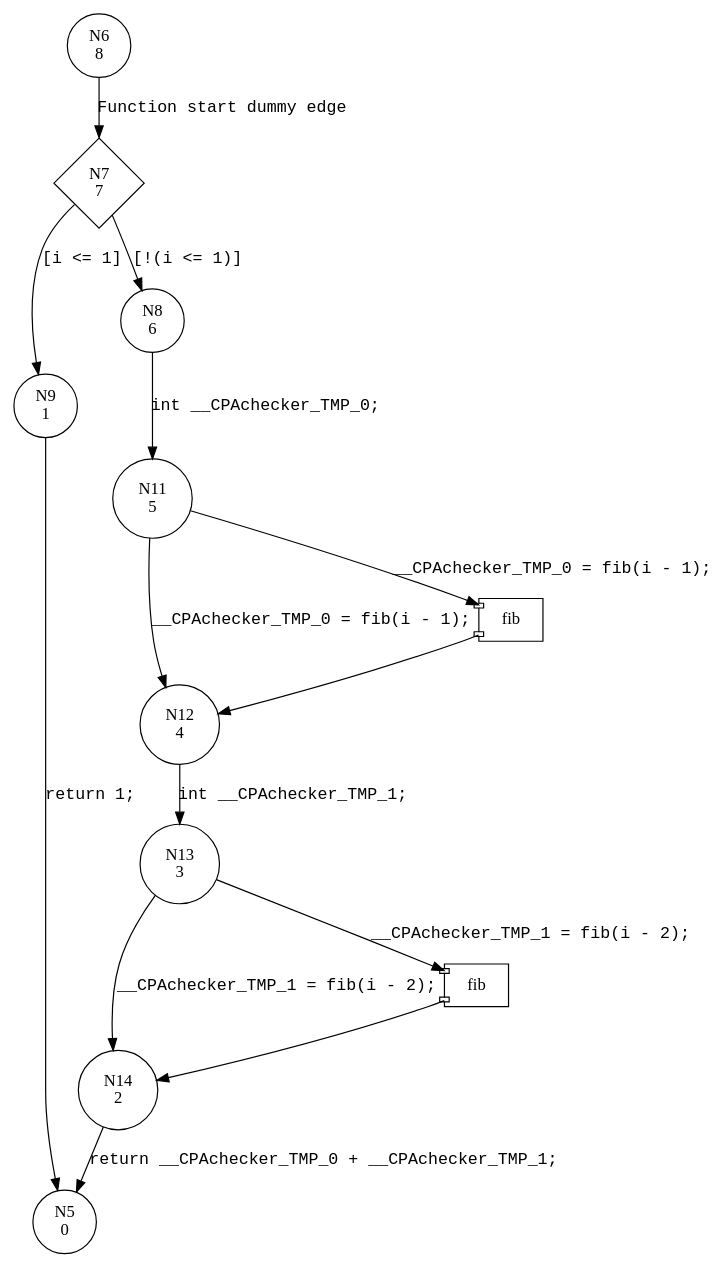
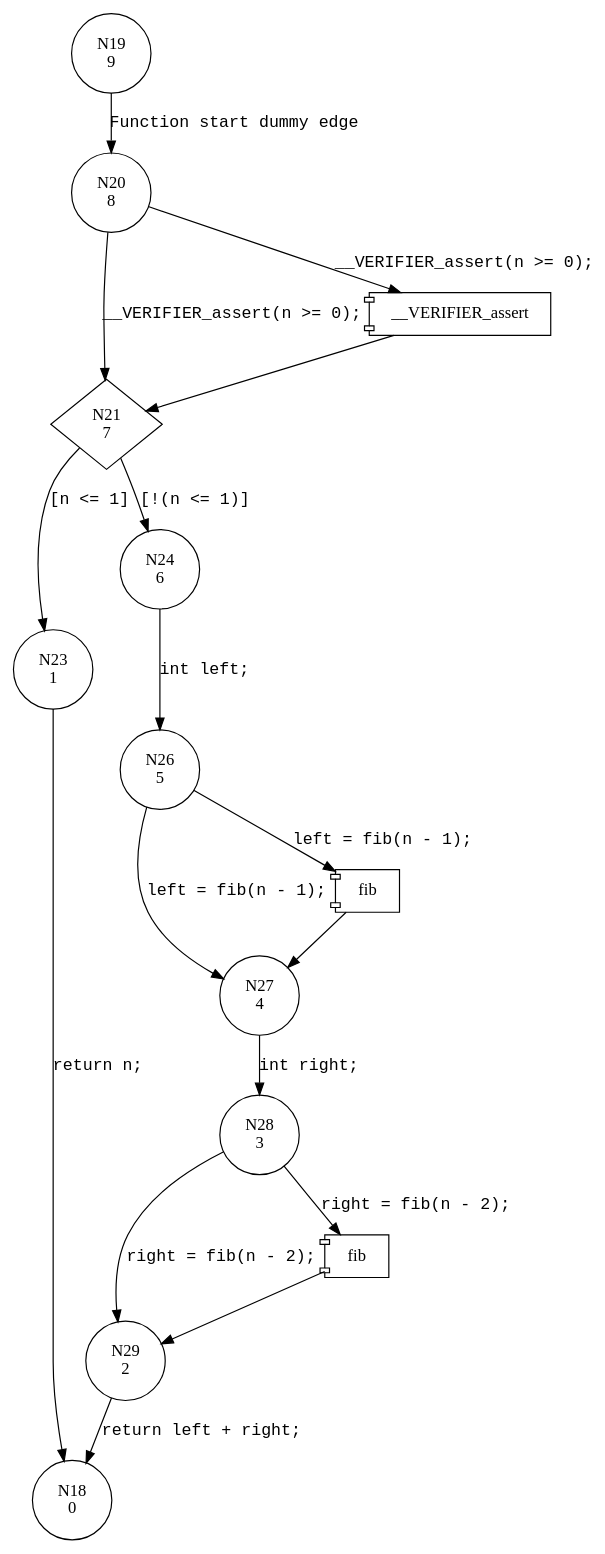
The diagram in serving/output/cfa__fib.dot (cedricrupb/NeuralAlgorithmSelection), drawn with Graphviz before and after one commit. The commit also changed 140 other files, not shown here.

```diff
--- a/serving/output/cfa__fib.dot
+++ b/serving/output/cfa__fib.dot
@@ -1,26 +1,31 @@
 digraph fib {
-6 [shape="circle" label="N6\n8"]
-7 [shape="diamond" label="N7\n7"]
-9 [shape="circle" label="N9\n1"]
-8 [shape="circle" label="N8\n6"]
-11 [shape="circle" label="N11\n5"]
-12 [shape="circle" label="N12\n4"]
-13 [shape="circle" label="N13\n3"]
-14 [shape="circle" label="N14\n2"]
-5 [shape="circle" label="N5\n0"]
-6 -> 7 [label="Function start dummy edge" fontname="Courier New"]
-7 -> 9 [label="[i <= 1]" fontname="Courier New"]
-7 -> 8 [label="[!(i <= 1)]" fontname="Courier New"]
-100002 [shape="component" label="fib"]
-11 -> 100002 [label="__CPAchecker_TMP_0 = fib(i - 1);" fontname="Courier New"]
-100002 -> 12 [label="" fontname="Courier New"]
-11 -> 12 [label="__CPAchecker_TMP_0 = fib(i - 1);" fontname="Courier New"]
-12 -> 13 [label="int __CPAchecker_TMP_1;" fontname="Courier New"]
+19 [shape="circle" label="N19\n9"]
+20 [shape="circle" label="N20\n8"]
+21 [shape="diamond" label="N21\n7"]
+23 [shape="circle" label="N23\n1"]
+24 [shape="circle" label="N24\n6"]
+26 [shape="circle" label="N26\n5"]
+27 [shape="circle" label="N27\n4"]
+28 [shape="circle" label="N28\n3"]
+29 [shape="circle" label="N29\n2"]
+18 [shape="circle" label="N18\n0"]
+19 -> 20 [label="Function start dummy edge" fontname="Courier New"]
+100002 [shape="component" label="__VERIFIER_assert"]
+20 -> 100002 [label="__VERIFIER_assert(n >= 0);" fontname="Courier New"]
+100002 -> 21 [label="" fontname="Courier New"]
+20 -> 21 [label="__VERIFIER_assert(n >= 0);" fontname="Courier New"]
+21 -> 23 [label="[n <= 1]" fontname="Courier New"]
+21 -> 24 [label="[!(n <= 1)]" fontname="Courier New"]
 100003 [shape="component" label="fib"]
-13 -> 100003 [label="__CPAchecker_TMP_1 = fib(i - 2);" fontname="Courier New"]
-100003 -> 14 [label="" fontname="Courier New"]
-13 -> 14 [label="__CPAchecker_TMP_1 = fib(i - 2);" fontname="Courier New"]
-14 -> 5 [label="return __CPAchecker_TMP_0 + __CPAchecker_TMP_1;" fontname="Courier New"]
-8 -> 11 [label="int __CPAchecker_TMP_0;" fontname="Courier New"]
-9 -> 5 [label="return 1;" fontname="Courier New"]
+26 -> 100003 [label="left = fib(n - 1);" fontname="Courier New"]
+100003 -> 27 [label="" fontname="Courier New"]
+26 -> 27 [label="left = fib(n - 1);" fontname="Courier New"]
+27 -> 28 [label="int right;" fontname="Courier New"]
+100004 [shape="component" label="fib"]
+28 -> 100004 [label="right = fib(n - 2);" fontname="Courier New"]
+100004 -> 29 [label="" fontname="Courier New"]
+28 -> 29 [label="right = fib(n - 2);" fontname="Courier New"]
+29 -> 18 [label="return left + right;" fontname="Courier New"]
+24 -> 26 [label="int left;" fontname="Courier New"]
+23 -> 18 [label="return n;" fontname="Courier New"]
 }
```
